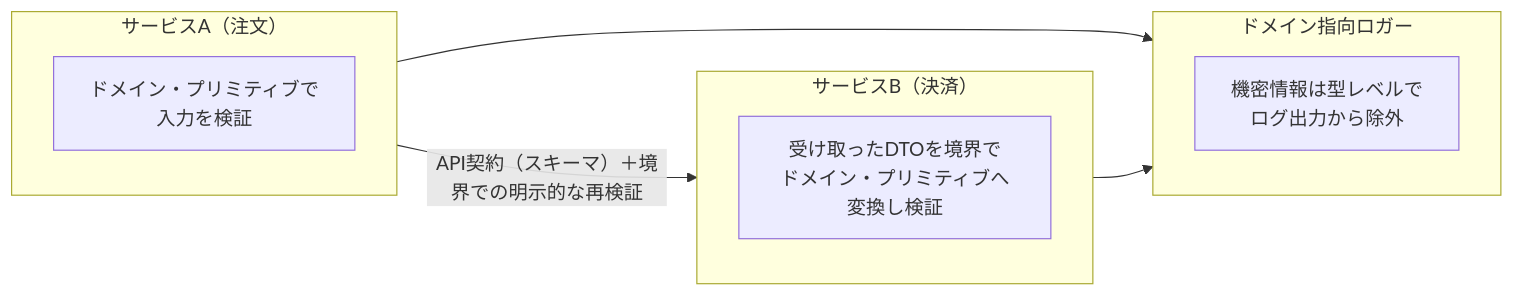
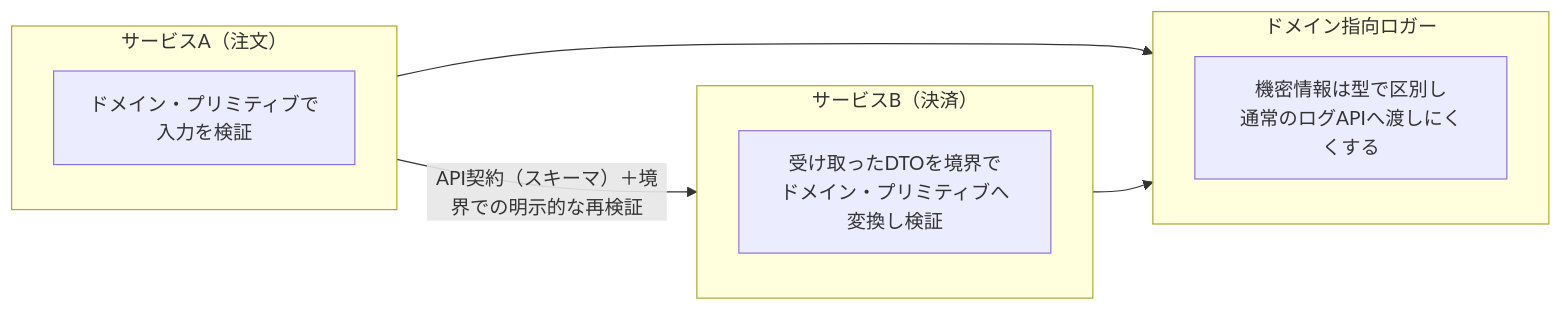
One commit to myoshi2891/Quality-Assurance-Studies changed diagram 12 of 13 in Secure-by-design-guide.md. Above: the diagram before and after it, drawn with Mermaid. The commit also changed other lines of this file and 1 other file, not shown here.

Commit message:
docs(secure-by-design): improve responsive footer layout and clarify type-level logging guarantees

````diff
--- a/Secure-by-design-guide.md
+++ b/Secure-by-design-guide.md
@@ -436,15 +436,15 @@
 ```mermaid
 flowchart LR
     subgraph SVC_A["サービスA（注文）"]
         A1["ドメイン・プリミティブで<br/>入力を検証"]
     end
     subgraph SVC_B["サービスB（決済）"]
         B1["受け取ったDTOを境界で<br/>ドメイン・プリミティブへ変換し検証"]
     end
     subgraph LOG["ドメイン指向ロガー"]
-        L1["機密情報は型レベルで<br/>ログ出力から除外"]
+        L1["機密情報は型で区別し<br/>通常のログAPIへ渡しにくくする"]
     end
     SVC_A -- "API契約（スキーマ）＋境界での明示的な再検証" --> SVC_B
     SVC_A --> LOG
     SVC_B --> LOG
 ```
````
